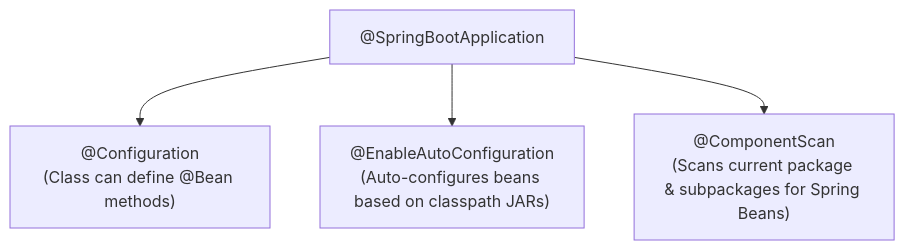
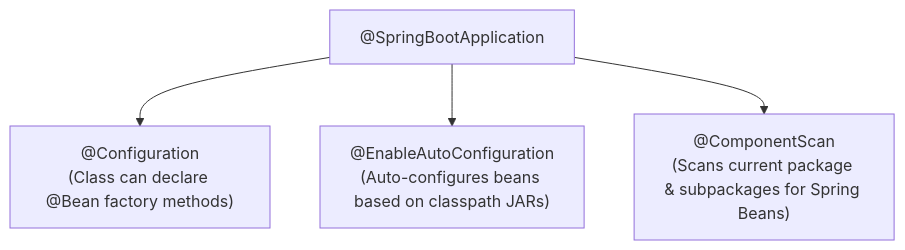
The sixth of 23 diagrams in 06-Java-and-Spring-Boot/Spring Boot Interview Guide.md (rohithgowda18/Notes), drawn with Mermaid before and after one commit. The commit also changed other lines of this file, not shown here.

Commit message:
docs(spring-boot): fix broken code fence nesting, restore perfect markdown rendering, and elevate visual readability

````diff
--- a/06-Java-and-Spring-Boot/Spring Boot Interview Guide.md
+++ b/06-Java-and-Spring-Boot/Spring Boot Interview Guide.md
@@ -323,10 +344,7 @@
 ```mermaid
 flowchart TD
     SBA["@SpringBootApplication"]
-    SBA --> C["@Configuration
-(Class can define @Bean methods)"]
-    SBA --> EAC["@EnableAutoConfiguration
-(Auto-configures beans based on classpath JARs)"]
-    SBA --> CS["@ComponentScan
-(Scans current package & subpackages for Spring Beans)"]
+    SBA --> C["@Configuration<br/>(Class can declare @Bean factory methods)"]
+    SBA --> EAC["@EnableAutoConfiguration<br/>(Auto-configures beans based on classpath JARs)"]
+    SBA --> CS["@ComponentScan<br/>(Scans current package & subpackages for Spring Beans)"]
 ```
````
